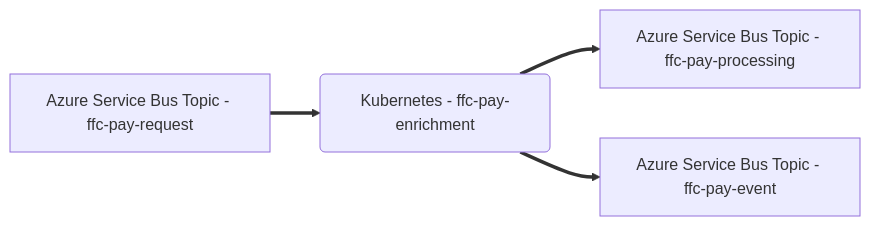
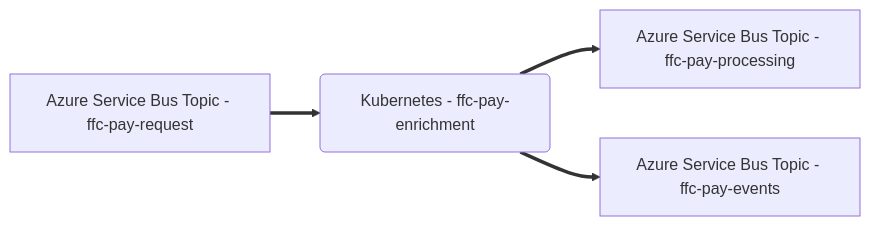
The diagram in README.md (DEFRA/ffc-pay-enrichment), drawn with Mermaid before and after one commit. The commit also changed other lines of this file and 2 other files, not shown here.

````diff
--- a/README.md
+++ b/README.md
@@ -7,10 +7,10 @@
 ```mermaid
 flowchart LR
 ffc-pay-enrichment(Kubernetes - ffc-pay-enrichment)
 topic-request[Azure Service Bus Topic - ffc-pay-request]
 topic-processing[Azure Service Bus Topic - ffc-pay-processing]
-topic-event[Azure Service Bus Topic - ffc-pay-event]
+topic-events[Azure Service Bus Topic - ffc-pay-events]
 topic-request ==> ffc-pay-enrichment
 ffc-pay-enrichment ==> topic-processing
-ffc-pay-enrichment ==> topic-event
+ffc-pay-enrichment ==> topic-events
 ```
````
